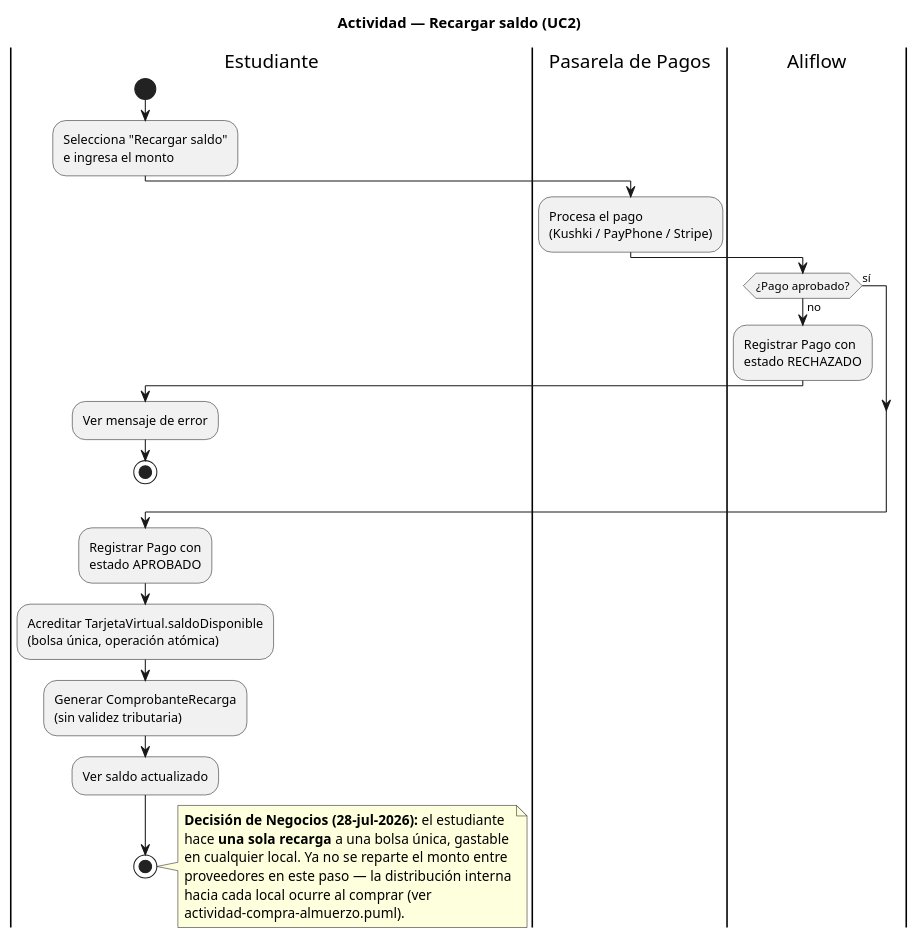
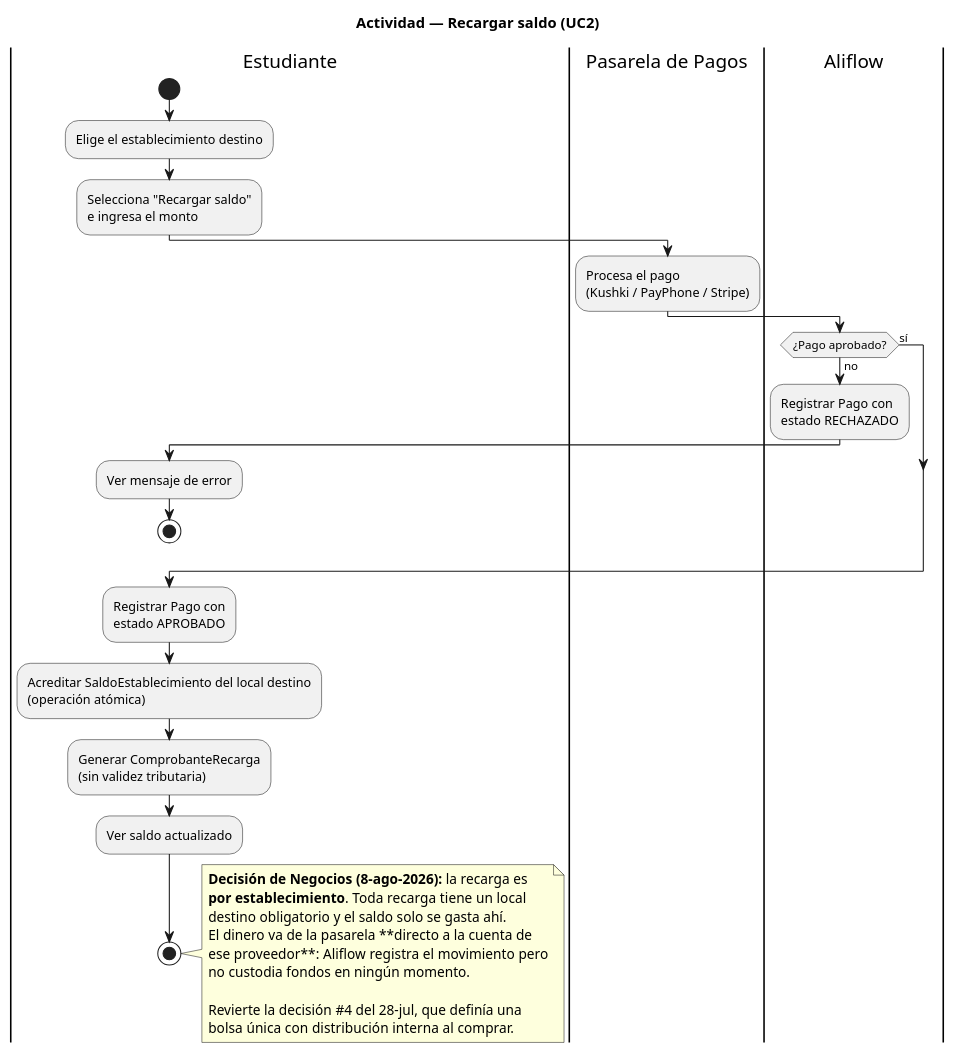
Before and after one commit to Jesus-JB/aliflow: the diagram in uml/actividad-recarga-saldo.puml, drawn with PlantUML. The commit also changed 31 other files, not shown here.

```diff
--- a/uml/actividad-recarga-saldo.puml
+++ b/uml/actividad-recarga-saldo.puml
@@ -1,38 +1,42 @@
 @startuml actividad-recarga-saldo-aliflow
 
 title Actividad — Recargar saldo (UC2)
 
 |Estudiante|
 start
+:Elige el establecimiento destino;
 :Selecciona "Recargar saldo"\ne ingresa el monto;
 
 |Pasarela de Pagos|
 :Procesa el pago\n(Kushki / PayPhone / Stripe);
 
 |Aliflow|
 if (¿Pago aprobado?) then (no)
   :Registrar Pago con\nestado RECHAZADO;
   |Estudiante|
   :Ver mensaje de error;
   stop
 else (sí)
 endif
 
 :Registrar Pago con\nestado APROBADO;
-:Acreditar TarjetaVirtual.saldoDisponible\n(bolsa única, operación atómica);
+:Acreditar SaldoEstablecimiento del local destino\n(operación atómica);
 :Generar ComprobanteRecarga\n(sin validez tributaria);
 
 |Estudiante|
 :Ver saldo actualizado;
 stop
 
 note right
-  **Decisión de Negocios (28-jul-2026):** el estudiante
-  hace **una sola recarga** a una bolsa única, gastable
-  en cualquier local. Ya no se reparte el monto entre
-  proveedores en este paso — la distribución interna
-  hacia cada local ocurre al comprar (ver
-  actividad-compra-almuerzo.puml).
+  **Decisión de Negocios (8-ago-2026):** la recarga es
+  **por establecimiento**. Toda recarga tiene un local
+  destino obligatorio y el saldo solo se gasta ahí.
+  El dinero va de la pasarela **directo a la cuenta de
+  ese proveedor**: Aliflow registra el movimiento pero
+  no custodia fondos en ningún momento.
+
+  Revierte la decisión #4 del 28-jul, que definía una
+  bolsa única con distribución interna al comprar.
 end note
 
 @enduml
```
